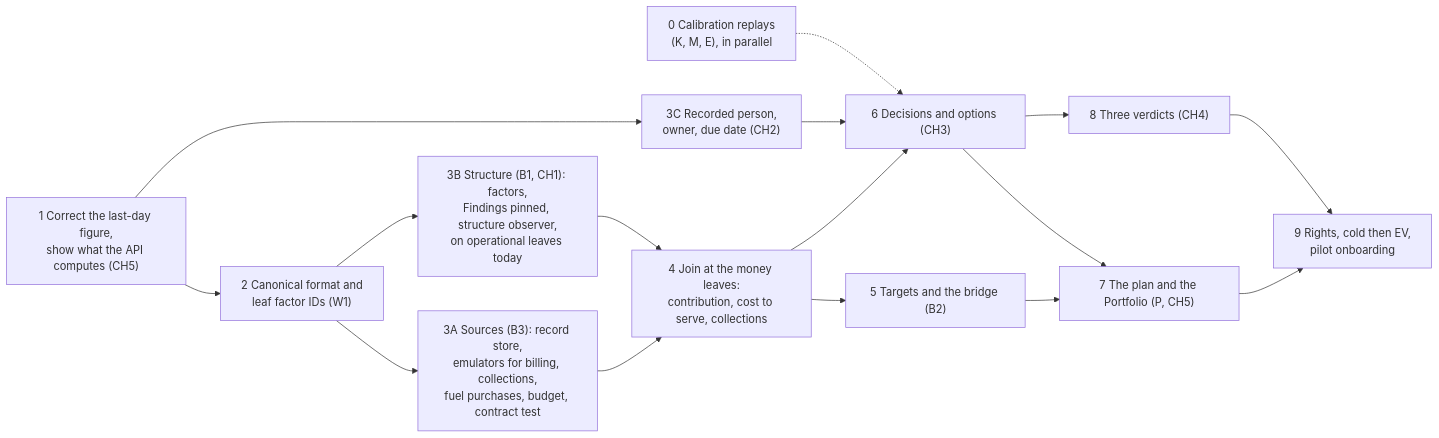
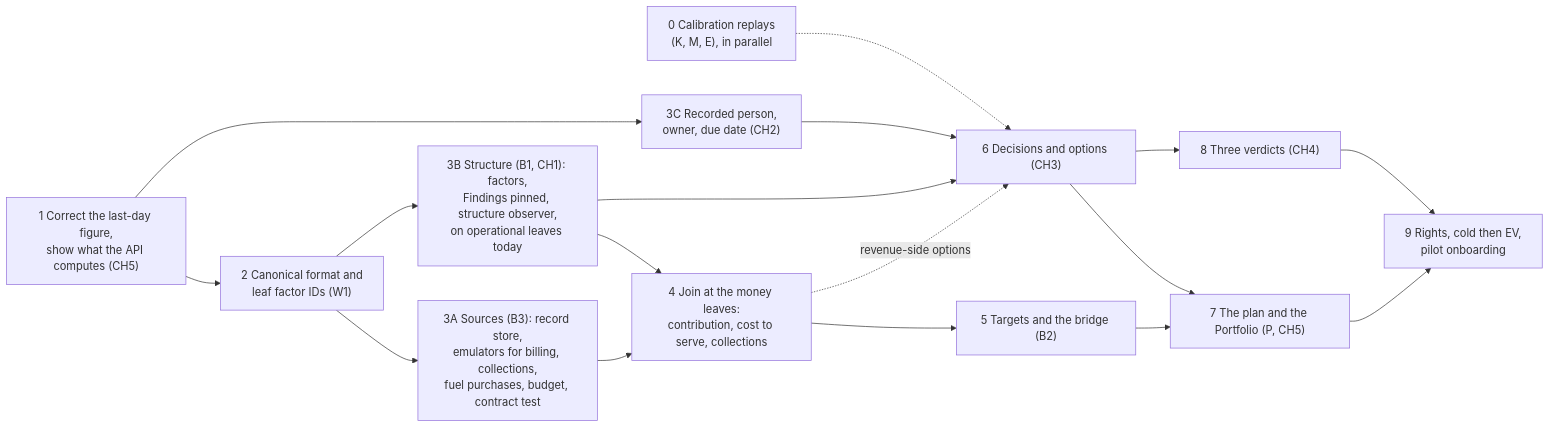
Before and after one commit to bineyame/AssetOpsV1: diagram 11 of 11 in Docs/demo-sprint/product-direction-layer4/layer4-transformation-design.md, drawn with Mermaid. The commit also changed other lines of this file and 2 other files, not shown here.

First line of the commit message:
Layer 4 design rev 16.5: Architect's note on the delivery order

````diff
--- a/Docs/demo-sprint/product-direction-layer4/layer4-transformation-design.md
+++ b/Docs/demo-sprint/product-direction-layer4/layer4-transformation-design.md
@@ -606,19 +609,20 @@
 ```mermaid
 flowchart LR
   S0["0 Calibration replays<br/>(K, M, E), in parallel"]
   S1["1 Correct the last-day figure,<br/>show what the API computes (CH5)"] --> S2["2 Canonical format and<br/>leaf factor IDs (W1)"]
   S2 --> LA["3A Sources (B3): record store,<br/>emulators for billing, collections,<br/>fuel purchases, budget, contract test"]
   S2 --> LB["3B Structure (B1, CH1): factors,<br/>Findings pinned, structure observer,<br/>on operational leaves today"]
   S1 --> PC["3C Recorded person,<br/>owner, due date (CH2)"]
   LA --> J["4 Join at the money leaves:<br/>contribution, cost to serve, collections"]
   LB --> J
   J --> T["5 Targets and the bridge (B2)"]
-  J --> D["6 Decisions and options (CH3)"]
+  LB --> D["6 Decisions and options (CH3)"]
   PC --> D
+  J -. "revenue-side options" .-> D
   D --> P["7 The plan and the Portfolio (P, CH5)"]
   D --> V["8 Three verdicts (CH4)"]
   T --> P
   P --> R["9 Rights, cold then EV,<br/>pilot onboarding"]
   V --> R
   S0 -.-> D
 ```
````
